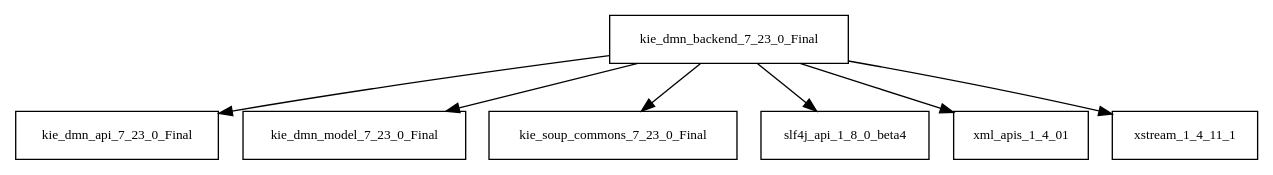
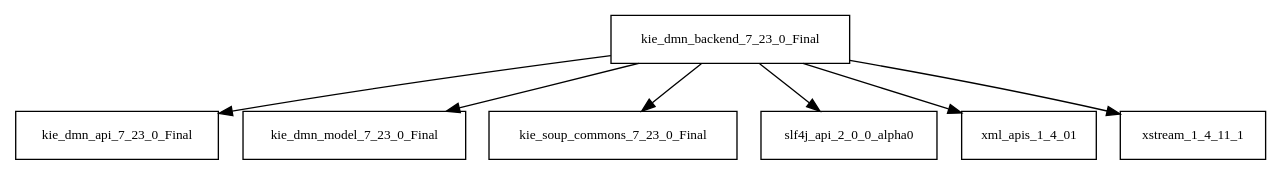
The diagram in tattleTaleReport/graphviz/kie-dmn-backend-7.23.0.Final.jar/kie-dmn-backend-7.23.0.Final.jar.dot (Hack23/cia), drawn with Graphviz before and after one commit. The commit also changed 4856 other files, not shown here.

```diff
--- a/tattleTaleReport/graphviz/kie-dmn-backend-7.23.0.Final.jar/kie-dmn-backend-7.23.0.Final.jar.dot
+++ b/tattleTaleReport/graphviz/kie-dmn-backend-7.23.0.Final.jar/kie-dmn-backend-7.23.0.Final.jar.dot
@@ -1,9 +1,9 @@
 digraph kie_dmn_backend_7_23_0_Final_dependencies {
   node [shape = box, fontsize=10.0];
   kie_dmn_backend_7_23_0_Final -> kie_dmn_api_7_23_0_Final;
   kie_dmn_backend_7_23_0_Final -> kie_dmn_model_7_23_0_Final;
   kie_dmn_backend_7_23_0_Final -> kie_soup_commons_7_23_0_Final;
-  kie_dmn_backend_7_23_0_Final -> slf4j_api_1_8_0_beta4;
+  kie_dmn_backend_7_23_0_Final -> slf4j_api_2_0_0_alpha0;
   kie_dmn_backend_7_23_0_Final -> xml_apis_1_4_01;
   kie_dmn_backend_7_23_0_Final -> xstream_1_4_11_1;
 }
```
